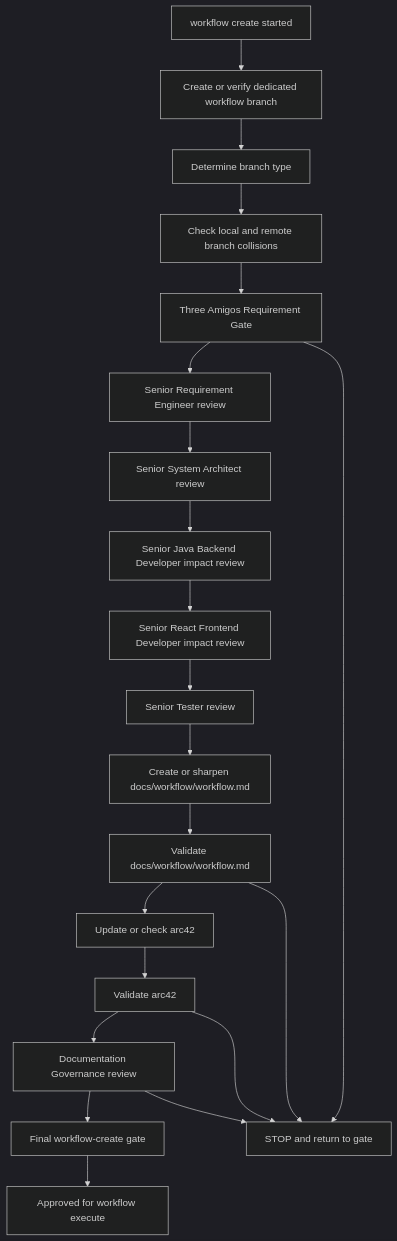
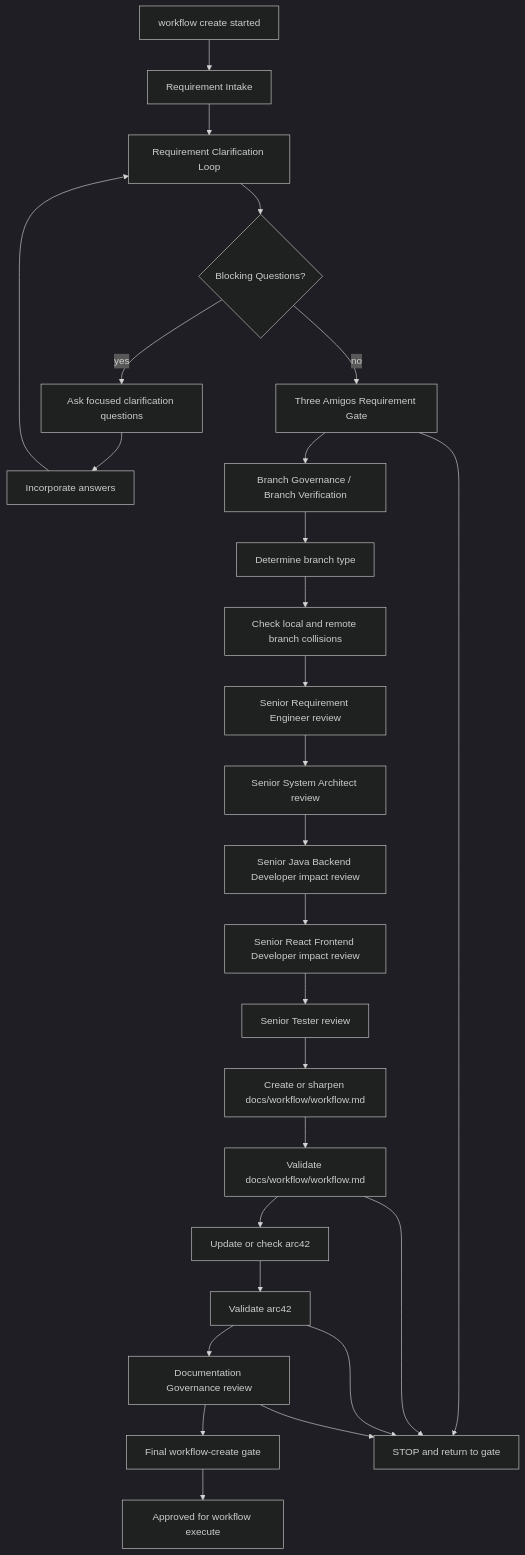
Before and after one commit to MatthiasBurger-Coder/forensic_analytics: the diagram in docs/process/workflow-create.md, drawn with Mermaid (dark theme). The commit also changed other lines of this file and 8 other files, not shown here.

Commit message:
docs(workflow): add requirement clarification loop

````diff
--- a/docs/process/workflow-create.md
+++ b/docs/process/workflow-create.md
@@ -15,28 +15,35 @@
 ```mermaid
 flowchart TD
   Start["workflow create started"]
-  Branch["Create or verify dedicated workflow branch"]
+  Intake["Requirement Intake"]
+  Clarify["Requirement Clarification Loop"]
+  Questions{"Blocking Questions?"}
+  Ask["Ask focused clarification questions"]
+  Answers["Incorporate answers"]
+  Gate["Three Amigos Requirement Gate"]
+  Branch["Branch Governance / Branch Verification"]
   Type["Determine branch type"]
   Collision["Check local and remote branch collisions"]
-  Gate["Three Amigos Requirement Gate"]
   Req["Senior Requirement Engineer review"]
   Arch["Senior System Architect review"]
   Backend["Senior Java Backend Developer impact review"]
   Frontend["Senior React Frontend Developer impact review"]
   Tester["Senior Tester review"]
   Workflow["Create or sharpen docs/workflow/workflow.md"]
   ValidateWorkflow["Validate docs/workflow/workflow.md"]
   Arc42["Update or check arc42"]
   ValidateArc42["Validate arc42"]
   Docs["Documentation Governance review"]
   Final["Final workflow-create gate"]
   Ready["Approved for workflow execute"]
   Stop["STOP and return to gate"]
 
-  Start --> Branch --> Type --> Collision --> Gate
-  Gate --> Req --> Arch --> Backend --> Frontend --> Tester --> Workflow --> ValidateWorkflow --> Arc42 --> ValidateArc42 --> Docs --> Final --> Ready
+  Start --> Intake --> Clarify --> Questions
+  Questions -- "yes" --> Ask --> Answers --> Clarify
+  Questions -- "no" --> Gate --> Branch --> Type --> Collision
+  Collision --> Req --> Arch --> Backend --> Frontend --> Tester --> Workflow --> ValidateWorkflow --> Arc42 --> ValidateArc42 --> Docs --> Final --> Ready
   Gate --> Stop
   ValidateWorkflow --> Stop
   ValidateArc42 --> Stop
   Docs --> Stop
 ```
````
